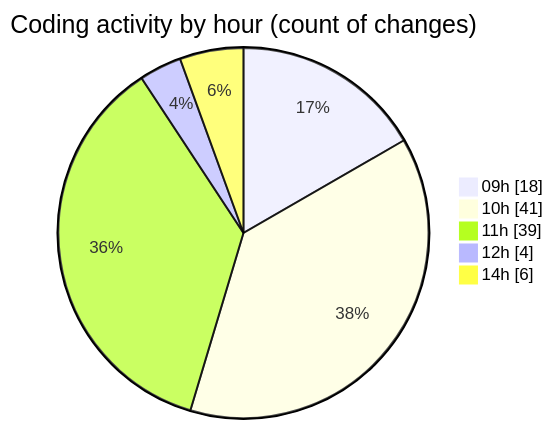
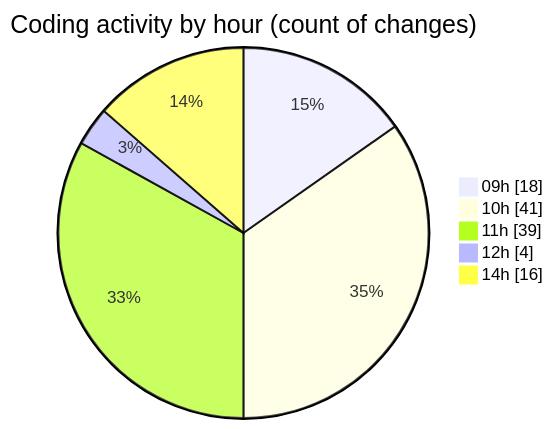
The second of 2 diagrams in 2025-02-11/cda/README.md (momahboobian/code-tracking), drawn with Mermaid before and after one commit. The commit also changed other lines of this file and 1 other file, not shown here.

````diff
--- a/2025-02-11/cda/README.md
+++ b/2025-02-11/cda/README.md
@@ -32,9 +32,9 @@
 ```mermaid
 pie showData
 title Coding activity by hour (count of changes)
 "09h" : 18
 "10h" : 41
 "11h" : 39
 "12h" : 4
-"14h" : 6
+"14h" : 16
 ```
````
